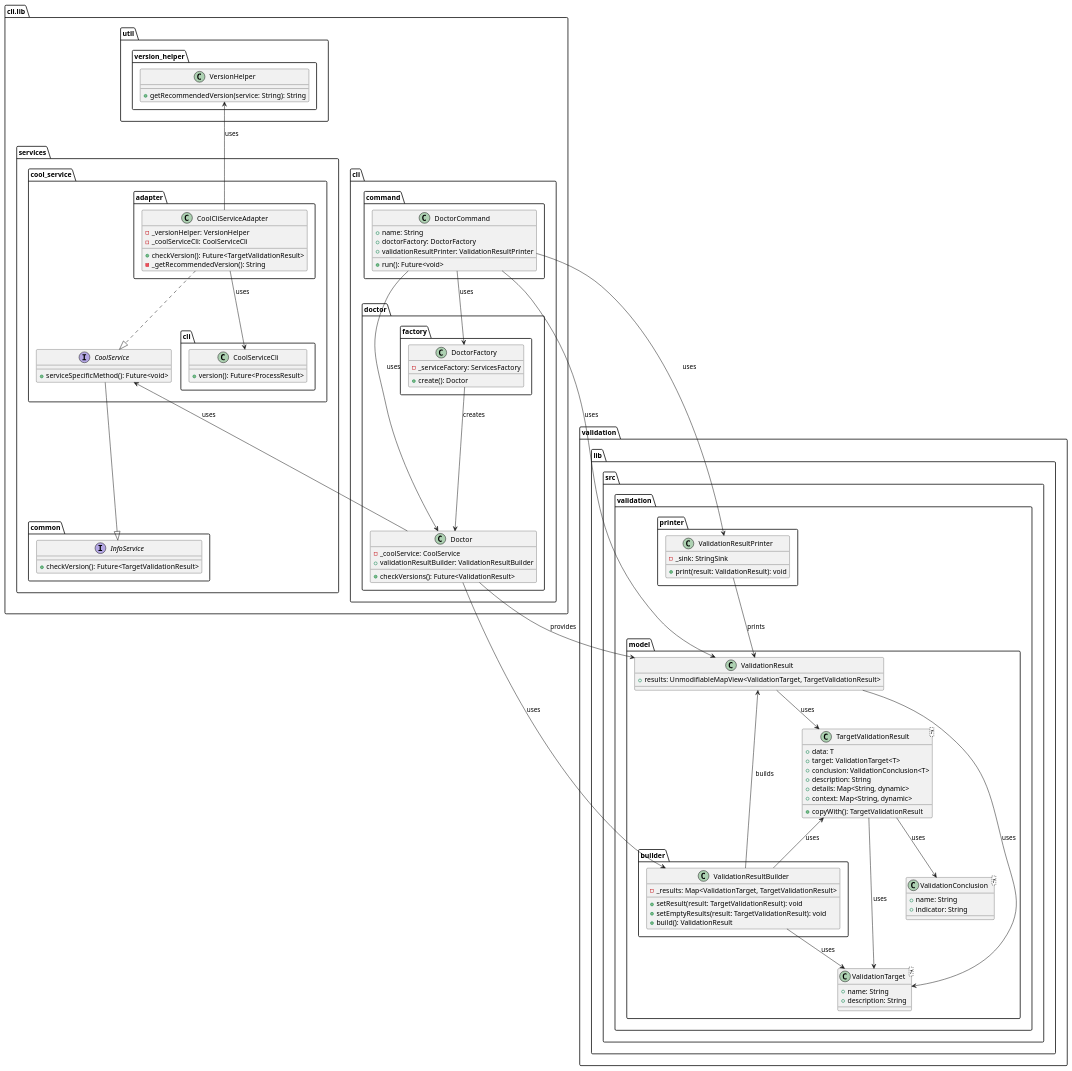
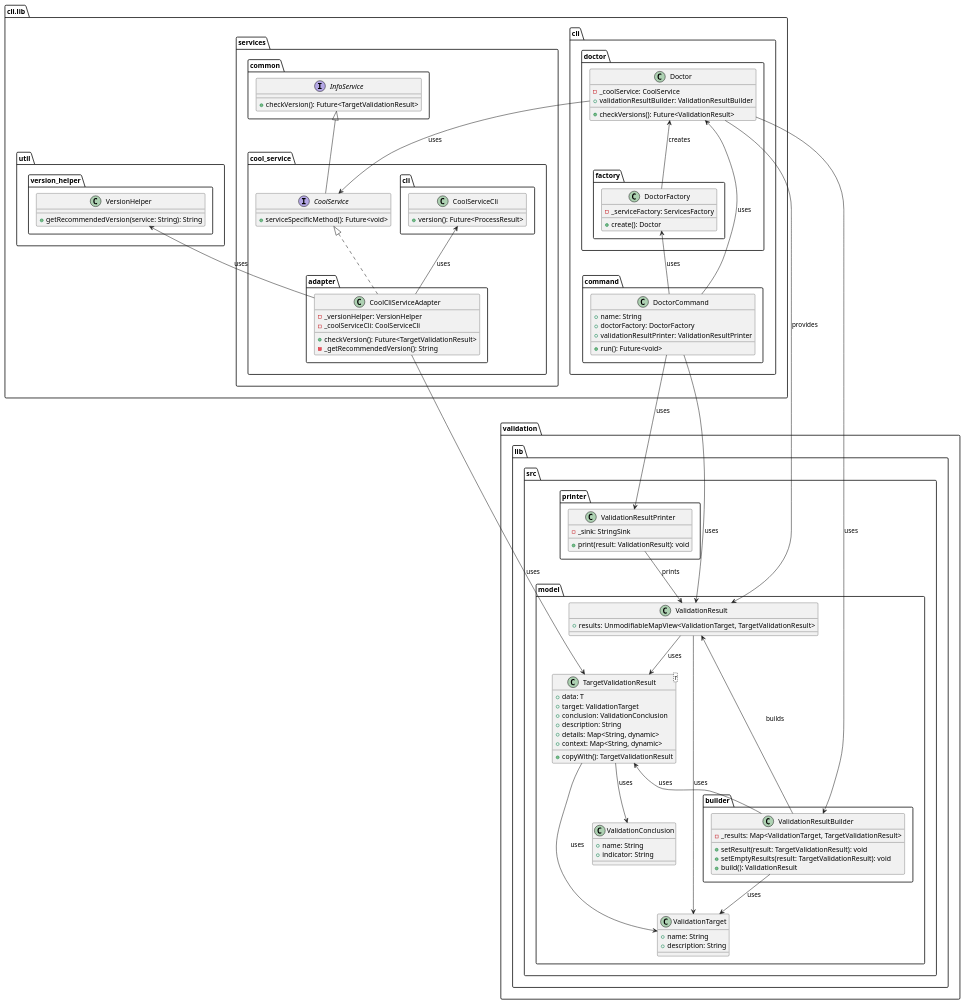
Before and after one commit to Flank/flank-dashboard: the diagram in metrics/cli/docs/features/doctor_output_improvements/diagrams/doctor_output_improvements_class_diagram.puml, drawn with PlantUML. The commit also changed 5 other files, not shown here.

```diff
--- a/metrics/cli/docs/features/doctor_output_improvements/diagrams/doctor_output_improvements_class_diagram.puml
+++ b/metrics/cli/docs/features/doctor_output_improvements/diagrams/doctor_output_improvements_class_diagram.puml
@@ -1,148 +1,147 @@
 @startuml doctor_output_improvements_class_diagram
 
 package cli.lib as cli_lib {
     package cli {
         package command {
             class DoctorCommand {
                 + name: String
                 + doctorFactory: DoctorFactory
                 + validationResultPrinter: ValidationResultPrinter
 
                 + run(): Future<void>
             }
         }
 
         package doctor {
             package factory as doctor_factory {
                 class DoctorFactory {
                     - _serviceFactory: ServicesFactory
 
                     + create(): Doctor
                 }
             }
 
             class Doctor {
                 - _coolService: CoolService
                 + validationResultBuilder: ValidationResultBuilder
 
                 + checkVersions(): Future<ValidationResult>
             }
         }
     }
 
     package services {
         package common as services_common {
             interface InfoService {
                 + checkVersion(): Future<TargetValidationResult>
             }
         }
 
         package cool_service {
             package adapter {
                 class CoolCliServiceAdapter {
                     - _versionHelper: VersionHelper
                     - _coolServiceCli: CoolServiceCli
 
                     + checkVersion(): Future<TargetValidationResult>
                     - _getRecommendedVersion(): String
                 }
             }
 
             package cli as cool_service_cli {
                 class CoolServiceCli {
                     + version(): Future<ProcessResult>
                 }
             }
 
             interface CoolService {
                 + serviceSpecificMethod(): Future<void>
             }
         }
     }
 
     package util.version_helper {
         class VersionHelper {
             + getRecommendedVersion(service: String): String
         }
     }
 }
 
-package validation.lib.src.validation {
+package validation.lib.src {
     package model {
         package builder {
             class ValidationResultBuilder {
                 - _results: Map<ValidationTarget, TargetValidationResult>
 
                 + setResult(result: TargetValidationResult): void
                 + setEmptyResults(result: TargetValidationResult): void
                 + build(): ValidationResult
             }
         }
 
-        class ValidationTarget<T> {
+        class ValidationTarget {
             + name: String
             + description: String
         }
 
-        class ValidationConclusion<T> {
+        class ValidationConclusion {
             + name: String
             + indicator: String
         }
 
         class TargetValidationResult<T> {
             + data: T
-            + target: ValidationTarget<T>
-            + conclusion: ValidationConclusion<T>
+            + target: ValidationTarget
+            + conclusion: ValidationConclusion
             + description: String
             + details: Map<String, dynamic>
             + context: Map<String, dynamic>
 
             + copyWith(): TargetValidationResult
         }
 
         class ValidationResult{
             + results: UnmodifiableMapView<ValidationTarget, TargetValidationResult>
         }
     }
 
     package printer {
         class ValidationResultPrinter{
             - _sink: StringSink
 
             + print(result: ValidationResult): void
         }
     }
 }
 
 TargetValidationResult --> ValidationTarget : uses
 TargetValidationResult --> ValidationConclusion : uses
 
 ValidationResult --> TargetValidationResult : uses
 ValidationResult --> ValidationTarget : uses
 
 ValidationResultBuilder -up-> ValidationResult : builds
 ValidationResultBuilder --> ValidationTarget : uses
 ValidationResultBuilder -up-> TargetValidationResult : uses
 
 ValidationResultPrinter --> ValidationResult : prints
 
-DoctorCommand --> DoctorFactory : uses
+DoctorCommand -up-> DoctorFactory : uses
 DoctorCommand --> ValidationResultPrinter : uses
 DoctorCommand --> Doctor : uses
 DoctorCommand --> ValidationResult : uses
 
-DoctorFactory --> Doctor : creates
+DoctorFactory -up-> Doctor : creates
 
 Doctor --> ValidationResultBuilder : uses
 Doctor --> ValidationResult : provides
-Doctor -up-> CoolService : uses
+Doctor --> CoolService : uses
 
-CoolCliServiceAdapter ..|> CoolService
-CoolCliServiceAdapter --> CoolServiceCli : uses
+CoolCliServiceAdapter .up.|> CoolService
+CoolCliServiceAdapter -up-> CoolServiceCli : uses
 CoolCliServiceAdapter -up-> VersionHelper : uses
+CoolCliServiceAdapter --> TargetValidationResult : uses
 
-CoolService --|> InfoService
-
-DoctorCommand -[hidden]left-> CoolCliServiceAdapter
+CoolService -up-|> InfoService
 
 @enduml
```
